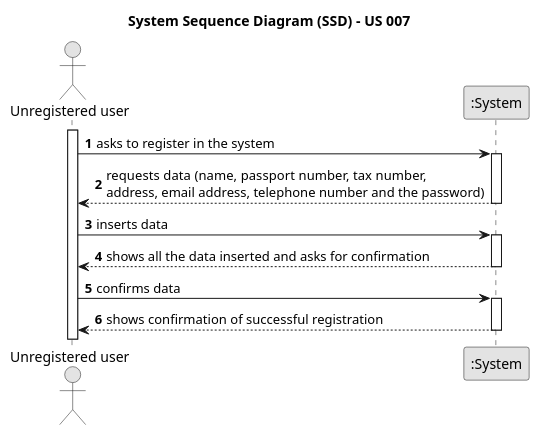
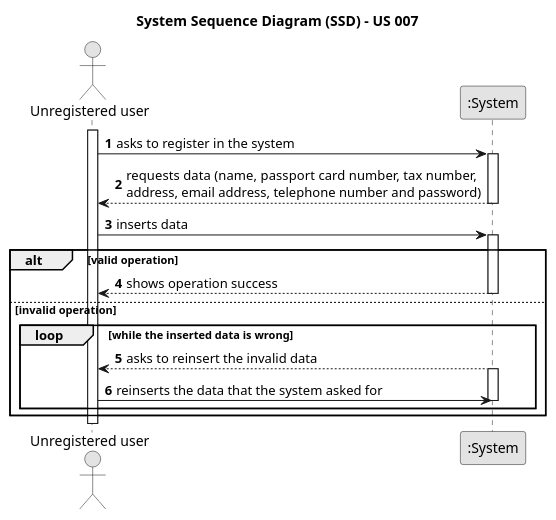
One commit to 1220812/LAPR2 changed the diagram in docs/sprintB/us007/01.requirements-engineering/puml/us007-system-sequence-diagram.puml. Above: the diagram before and after it, drawn with PlantUML. The commit also changed 19 other files, not shown here.

```diff
--- a/docs/sprintB/us007/01.requirements-engineering/puml/us007-system-sequence-diagram.puml
+++ b/docs/sprintB/us007/01.requirements-engineering/puml/us007-system-sequence-diagram.puml
@@ -1,32 +1,43 @@
 @startuml
 skinparam monochrome true
 skinparam packageStyle rectangle
 skinparam shadowing false
 
 title System Sequence Diagram (SSD) - US 007
 
 autonumber
 
 actor "Unregistered user" as unregisteredUser
 participant ":System" as System
 activate unregisteredUser
 
     unregisteredUser -> System : asks to register in the system
     activate System
 
-        System --> unregisteredUser : requests data (name, passport number, tax number, \naddress, email address, telephone number and the password)
+        System --> unregisteredUser : requests data (name, passport card number, tax number, \naddress, email address, telephone number and password)
     deactivate System
 
     unregisteredUser -> System : inserts data
     activate System
+    alt valid operation
 
-    System --> unregisteredUser : shows all the data inserted and asks for confirmation
+    System --> unregisteredUser : shows operation success
     deactivate System
 
-    unregisteredUser -> System : confirms data
+    else invalid operation
+
+    loop while the inserted data is wrong
+
+    System --> unregisteredUser : asks to reinsert the invalid data
     activate System
 
-    System --> unregisteredUser : shows confirmation of successful registration
-        deactivate System
+    unregisteredUser -> System : reinserts the data that the system asked for
+    deactivate System
+
+    end
+
+    end
+
+    deactivate System
 
 @enduml
```
